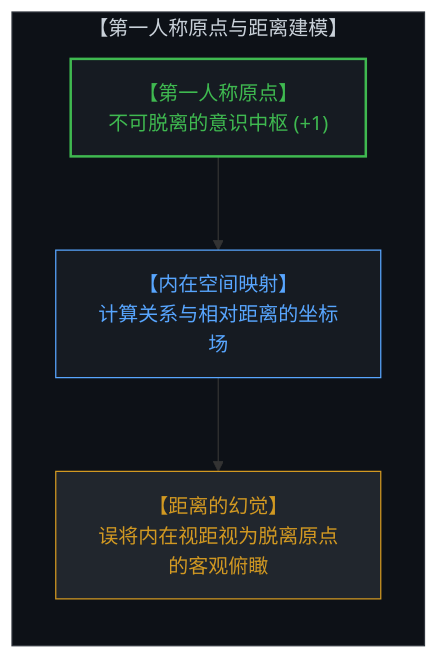
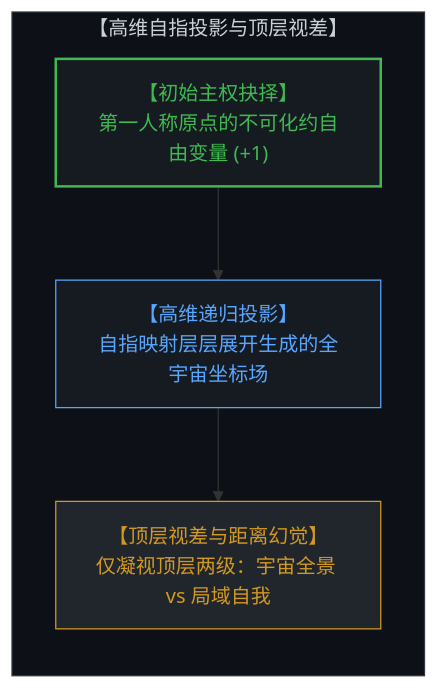
One commit to powerpig99/not-a-toe changed the first of 6 diagrams in content/posts/the-illusion-of-distance-and-the-dual-ruler.md. Above: the diagram before and after it, drawn with Mermaid. The commit also changed other lines of this file and 3 other files, not shown here.

Commit message:
Refine Post 311: Formalize high-dimensional recursive self-referential projection

````diff
--- a/content/posts/the-illusion-of-distance-and-the-dual-ruler.md
+++ b/content/posts/the-illusion-of-distance-and-the-dual-ruler.md
@@ -13,15 +13,15 @@
 ```mermaid
 graph TD
-    subgraph OriginField["【第一人称原点与距离建模】"]
+    subgraph RecursiveProjection["【高维自指投影与顶层视差】"]
         direction TB
-        Locus["【第一人称原点】<br>不可脱离的意识中枢 (+1)"]
-        InternalMap["【内在空间映射】<br>计算关系与相对距离的坐标场"]
-        DistanceIllusion["【距离的幻觉】<br>误将内在视距视为脱离原点的客观俯瞰"]
-        Locus --> InternalMap
-        InternalMap --> DistanceIllusion
+        InitialChoice["【初始主权抉择】<br>第一人称原点的不可化约自由变量 (+1)"]
+        RecursiveManifold["【高维递归投影】<br>自指映射层层展开生成的全宇宙坐标场"]
+        TopLevelParallax["【顶层视差与距离幻觉】<br>仅凝视顶层两级：宇宙全景 vs 局域自我"]
+        InitialChoice --> RecursiveManifold
+        RecursiveManifold --> TopLevelParallax
     end
-    style OriginField fill:#0d1117,stroke:#30363d,stroke-width:1px,color:#c9d1d9
-    style Locus fill:#161b22,stroke:#3fb950,stroke-width:2px,color:#3fb950
-    style InternalMap fill:#161b22,stroke:#58a6ff,stroke-width:1px,color:#58a6ff
-    style DistanceIllusion fill:#21262d,stroke:#d29922,stroke-width:1px,color:#d29922
+    style RecursiveProjection fill:#0d1117,stroke:#30363d,stroke-width:1px,color:#c9d1d9
+    style InitialChoice fill:#161b22,stroke:#3fb950,stroke-width:2px,color:#3fb950
+    style RecursiveManifold fill:#161b22,stroke:#58a6ff,stroke-width:1px,color:#58a6ff
+    style TopLevelParallax fill:#21262d,stroke:#d29922,stroke-width:1px,color:#d29922
 ```
````
